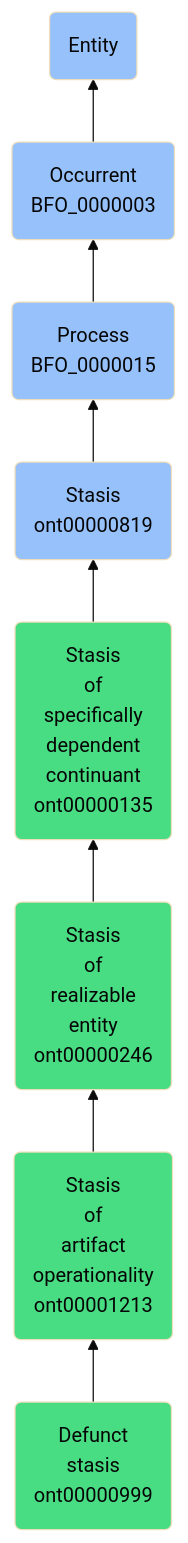
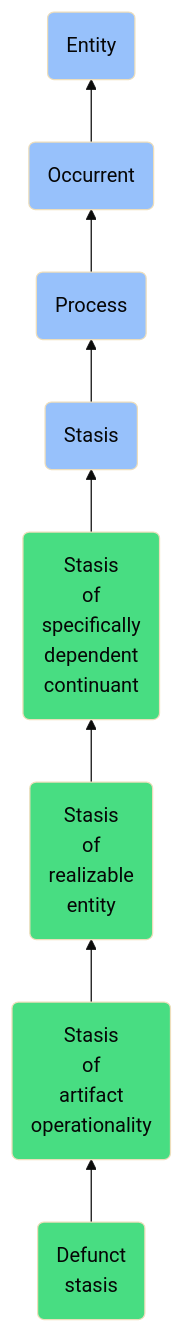
Before and after one commit to jupyter-naas/abi: the diagram in docs/ontology/reference/model/Entity/Occurrent/Process/Stasis/Stasis of specifically dependent continuant/Stasis of realizable entity/Stasis of artifact operationality/Defunct stasis/Defunct stasis.md, drawn with Mermaid (base theme). The commit also changed other lines of this file and 1430 other files, not shown here.

````diff
--- a/docs/ontology/reference/model/Entity/Occurrent/Process/Stasis/Stasis of specifically dependent continuant/Stasis of realizable entity/Stasis of artifact operationality/Defunct stasis/Defunct stasis.md
+++ b/docs/ontology/reference/model/Entity/Occurrent/Process/Stasis/Stasis of specifically dependent continuant/Stasis of realizable entity/Stasis of artifact operationality/Defunct stasis/Defunct stasis.md
@@ -24,15 +24,15 @@
 ```mermaid
 graph BT
-    ont00000999(Defunct<br>stasis<br>ont00000999):::ABI-->ont00001213
-    ont00001213(Stasis<br>of<br>artifact<br>operationality<br>ont00001213):::ABI-->ont00000246
-    ont00000246(Stasis<br>of<br>realizable<br>entity<br>ont00000246):::ABI-->ont00000135
-    ont00000135(Stasis<br>of<br>specifically<br>dependent<br>continuant<br>ont00000135):::ABI-->ont00000819
-    ont00000819(Stasis<br>ont00000819):::BFO-->BFO_0000015
-    BFO_0000015(Process<br>BFO_0000015):::BFO-->BFO_0000003
-    BFO_0000003(Occurrent<br>BFO_0000003):::BFO-->BFO_0000001
+    ont00000999(Defunct<br>stasis):::ABI-->ont00001213
+    ont00001213(Stasis<br>of<br>artifact<br>operationality):::ABI-->ont00000246
+    ont00000246(Stasis<br>of<br>realizable<br>entity):::ABI-->ont00000135
+    ont00000135(Stasis<br>of<br>specifically<br>dependent<br>continuant):::ABI-->ont00000819
+    ont00000819(Stasis):::BFO-->BFO_0000015
+    BFO_0000015(Process):::BFO-->BFO_0000003
+    BFO_0000003(Occurrent):::BFO-->BFO_0000001
     BFO_0000001(Entity):::BFO
     
     classDef BFO fill:#97c1fb,color:#060606
     classDef CCO fill:#e4c51e,color:#060606
     classDef ABI fill:#48DD82,color:#060606
 ```
````
